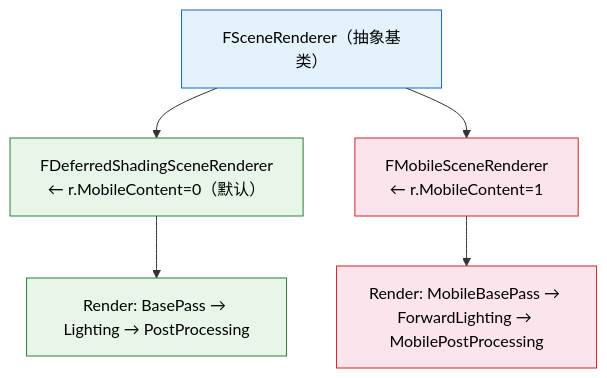
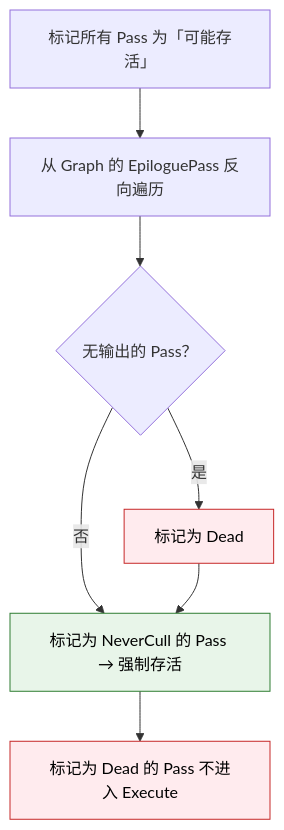
The fourth of 7 diagrams in references/ue-rendering/card-01-pipeline-overview.md (MotionlessPeri/agent_coding_guidelines), drawn with Mermaid before and after one commit. The commit also changed other lines of this file and 8 other files, not shown here.

````diff
--- a/references/ue-rendering/card-01-pipeline-overview.md
+++ b/references/ue-rendering/card-01-pipeline-overview.md
@@ -92,17 +311,13 @@
 ```mermaid
-flowchart TB
-    Base["FSceneRenderer（抽象基类）"]
-
-    Base --> Deferred["FDeferredShadingSceneRenderer<br/>← r.MobileContent=0（默认）"]
-    Base --> Mobile["FMobileSceneRenderer<br/>← r.MobileContent=1"]
-
-    Deferred --> DFlow["Render: BasePass → Lighting → PostProcessing"]
-    Mobile --> MFlow["Render: MobileBasePass → ForwardLighting → MobilePostProcessing"]
-
-    classDef base fill:#e3f2fd,stroke:#1565c0,color:#000
-    classDef deferred fill:#e8f5e9,stroke:#2e7d32,color:#000
-    classDef mobile fill:#fce4ec,stroke:#c62828,color:#000
-    class Base base
-    class Deferred,DFlow deferred
-    class Mobile,MFlow mobile
+flowchart TD
+    A["标记所有 Pass 为「可能存活」"] --> B["从 Graph 的 EpiloguePass 反向遍历"]
+    B --> C{"无输出的 Pass？"}
+    C -->|"是"| D["标记为 Dead"]
+    C -->|"否"| E["标记为 NeverCull 的 Pass → 强制存活"]
+    D --> E
+    E --> F["标记为 Dead 的 Pass 不进入 Execute"]
+    classDef dead fill:#ffebee,stroke:#c62828,color:#000
+    classDef alive fill:#e8f5e9,stroke:#2e7d32,color:#000
+    class D,F dead
+    class E alive
 ```
````
